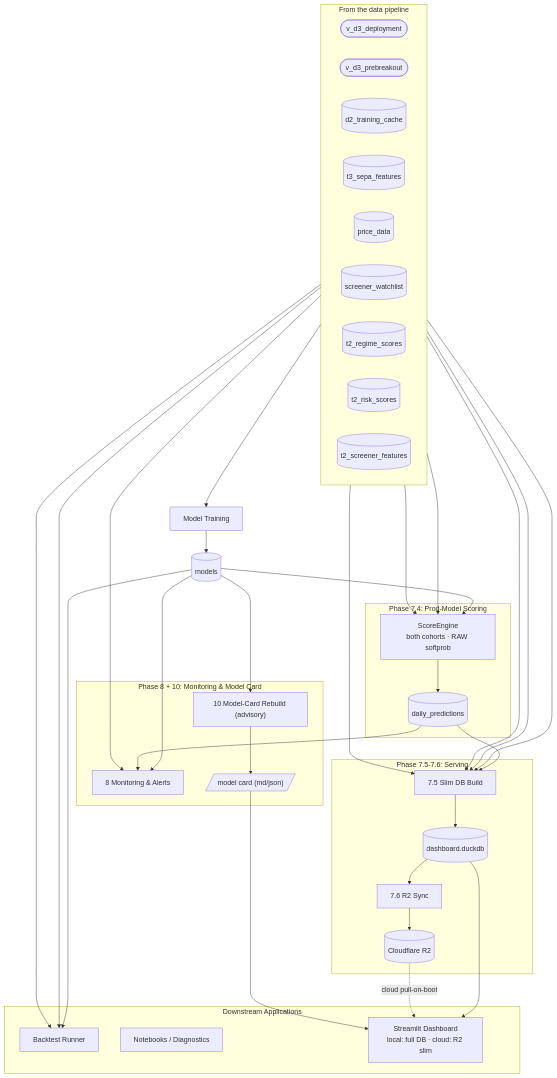
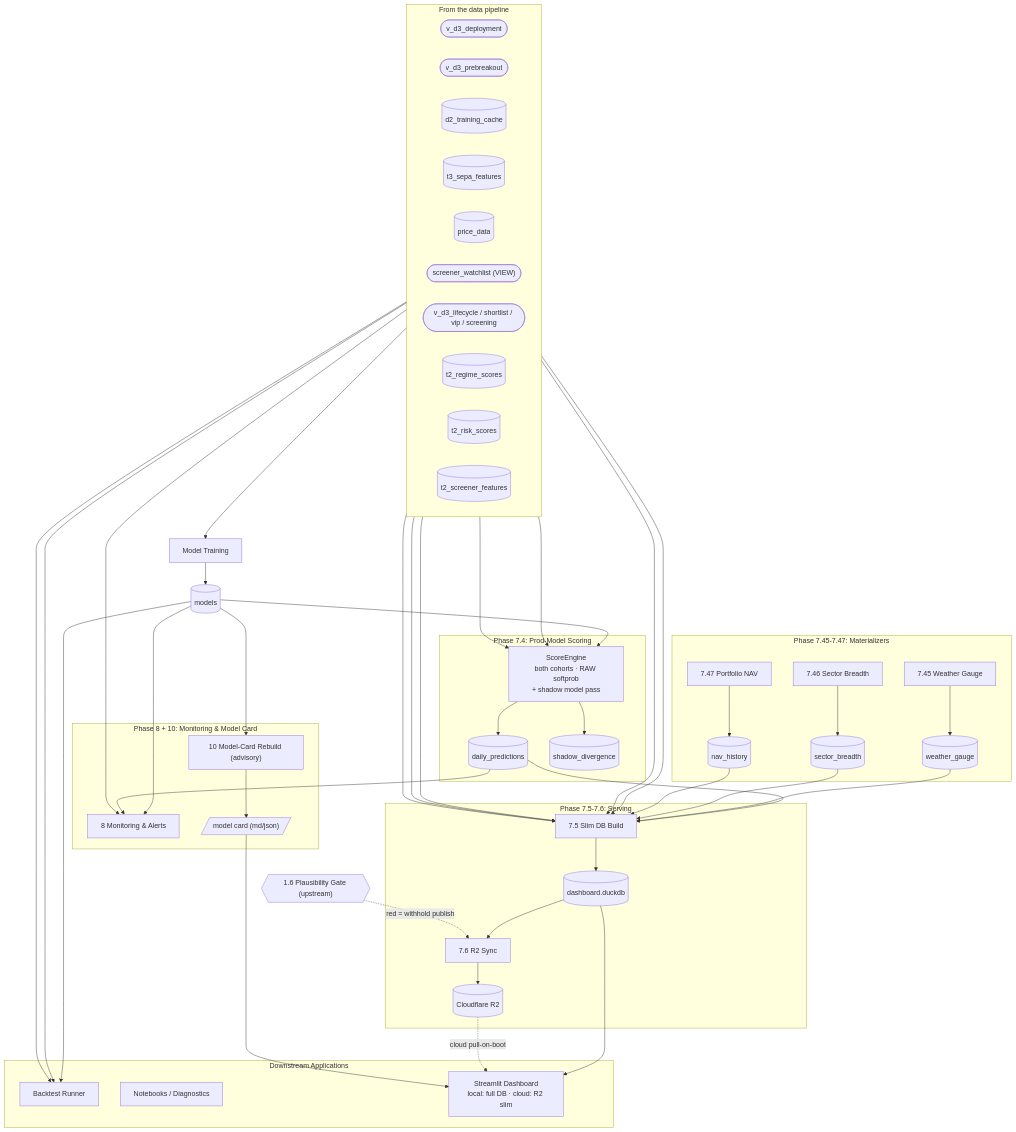
One commit to Nanorice/mm-strat changed the diagram in docs/architecture/data_flow_serving.mmd. Above: the diagram before and after it, drawn with Mermaid. The commit also changed 64 other files, not shown here.

```diff
--- a/docs/architecture/data_flow_serving.mmd
+++ b/docs/architecture/data_flow_serving.mmd
@@ -1,68 +1,79 @@
 %% Scoring -> serving -> models -> downstream apps.
 %% Upstream data pipeline lives in data_flow_pipeline.mmd.
 %% The full single-graph view is data_flow.mmd (canonical).
 flowchart TD
     %% ── Entry points produced upstream (see data_flow_pipeline.mmd) ──
     subgraph Upstream [From the data pipeline]
         direction LR
         V_D3D(["v_d3_deployment"])
         V_D3P(["v_d3_prebreakout"])
         D2_CACHE[("d2_training_cache")]
         T3_SF[("t3_sepa_features")]
         T1_P[("price_data")]
-        MAT_SW[("screener_watchlist")]
+        V_SW(["screener_watchlist (VIEW)"])
+        V_D3L(["v_d3_lifecycle / shortlist / vip / screening"])
         T2_RS[("t2_regime_scores")]
         T2_RK[("t2_risk_scores")]
         T2_SF[("t2_screener_features")]
     end
 
     %% ── Model registry (trained offline) ──
     ML_TRAIN["Model Training"]
     MODELS[("models")]
     D2_CACHE --> ML_TRAIN --> MODELS
 
-    %% ── Phase 7.4: Scoring ──
+    %% ── Phase 7.4: Scoring (+ shadow pass) ──
     subgraph P74 [Phase 7.4: Prod-Model Scoring]
-        P74S["ScoreEngine<br/>both cohorts · RAW softprob"]
+        P74S["ScoreEngine<br/>both cohorts · RAW softprob<br/>+ shadow model pass"]
         DP[("daily_predictions")]
-        P74S --> DP
+        SDV[("shadow_divergence")]
+        P74S --> DP & SDV
     end
     V_D3D & V_D3P & MODELS --> P74S
+
+    %% ── Phase 7.45–7.47: nightly materializers (ship in the slim DB) ──
+    subgraph P745_747 [Phase 7.45-7.47: Materializers]
+        P745["7.45 Weather Gauge"] --> WG[("weather_gauge")]
+        P746["7.46 Sector Breadth"] --> SB[("sector_breadth")]
+        P747["7.47 Portfolio NAV"] --> NAV[("nav_history")]
+    end
 
     %% ── Phase 8 + 10: Monitoring & Model Card ──
     %% NOTE: phase numbering jumps 8 -> 10 (no Phase 9). Historical: monitoring
     %% was "Phase 9" in the old 9-phase layout, renumbered to 8 when serving
     %% phases 7.4-7.6 were inserted; the model card kept its "10" label. Gap is
     %% a naming smell, not a missing step.
     subgraph P8_10 [Phase 8 + 10: Monitoring & Model Card]
         P8["8 Monitoring & Alerts"]
         P10["10 Model-Card Rebuild (advisory)"]
         CARD[/"model card (md/json)"/]
         P10 --> CARD
     end
     V_D3D & MODELS & DP --> P8
     MODELS --> P10
 
     %% ── Phase 7.5 + 7.6: Serving ──
     subgraph P75_76 [Phase 7.5-7.6: Serving]
         P75["7.5 Slim DB Build"]
         SLIM[("dashboard.duckdb")]
         P76["7.6 R2 Sync"]
         R2[("Cloudflare R2")]
         P75 --> SLIM --> P76 --> R2
     end
-    %% Slim build copies the serving tables (predictions + regime/risk + watchlist)
-    DP & MAT_SW & T2_RS & T2_RK & T2_SF --> P75
+    %% Slim build copies serving tables + materializes the views (watchlist, v_d3_*)
+    DP & V_SW & V_D3L & T2_RS & T2_RK & T2_SF & WG & SB & NAV --> P75
+    %% Red Phase-1.6 plausibility gate withholds the publish (slim DB still builds)
+    P16{{"1.6 Plausibility Gate (upstream)"}} -.->|red = withhold publish| P76
 
     %% ── Downstream applications ──
     subgraph Downstream [Downstream Applications]
         BT["Backtest Runner"]
         NB["Notebooks / Diagnostics"]
         DASH["Streamlit Dashboard<br/>local: full DB · cloud: R2 slim"]
     end
     T3_SF & T1_P & MODELS --> BT
 
     %% Dashboard reads the MATERIALIZED serving DB — never scores live.
     SLIM --> DASH
     R2 -.->|cloud pull-on-boot| DASH
     CARD --> DASH
```
